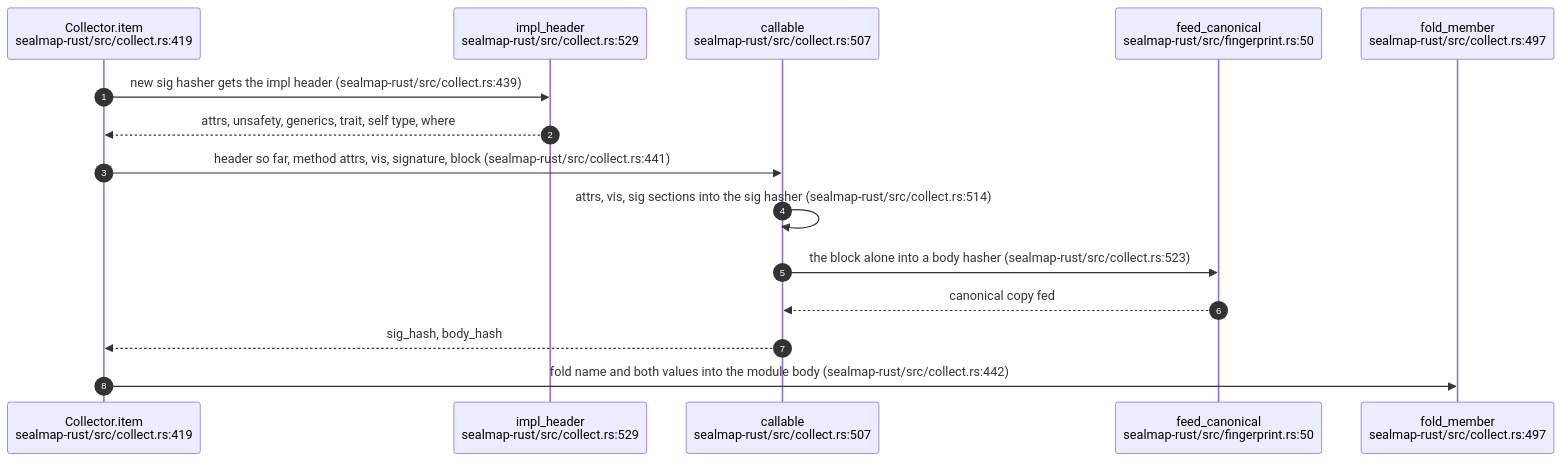
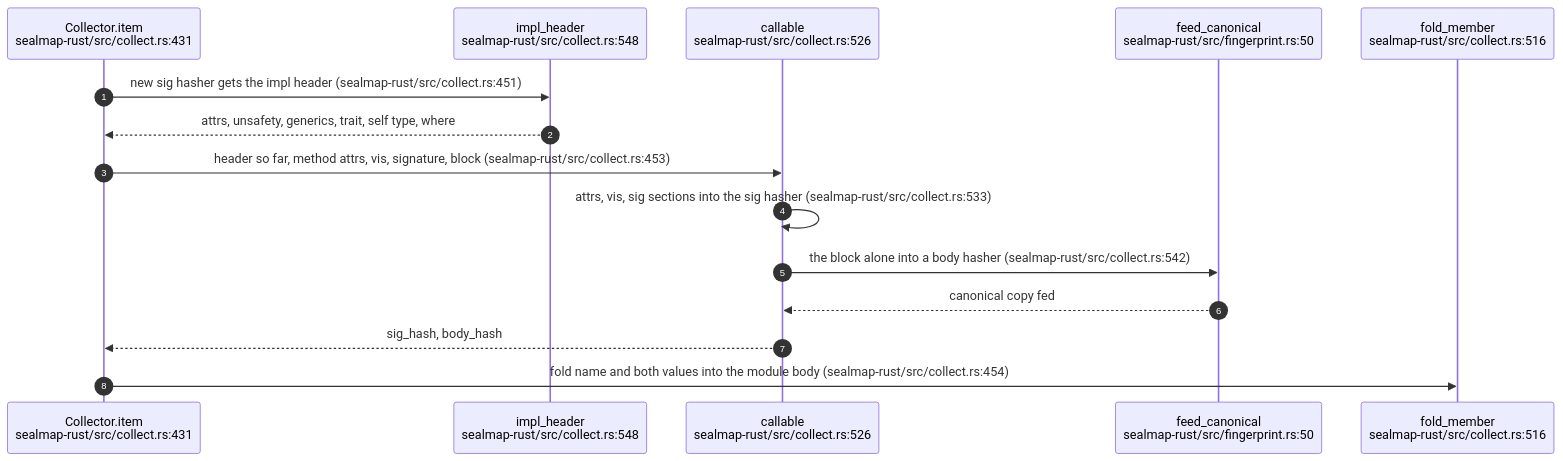
Before and after one commit to DreamLab-AI/codemaid: the second of 6 diagrams in docs/diagrams/extract/06-signature-and-body-fingerprints.md, drawn with Mermaid. The commit also changed other lines of this file and 8 other files, not shown here.

First line of the commit message:
docs(diagrams): restamp the extract topics to fec7aff; record the generics fix

````diff
--- a/docs/diagrams/extract/06-signature-and-body-fingerprints.md
+++ b/docs/diagrams/extract/06-signature-and-body-fingerprints.md
@@ -97,17 +97,17 @@
 ```mermaid
 sequenceDiagram
     autonumber
-    participant IT as Collector.item<br/>sealmap-rust/src/collect.rs:419
-    participant IH as impl_header<br/>sealmap-rust/src/collect.rs:529
-    participant CA as callable<br/>sealmap-rust/src/collect.rs:507
+    participant IT as Collector.item<br/>sealmap-rust/src/collect.rs:431
+    participant IH as impl_header<br/>sealmap-rust/src/collect.rs:548
+    participant CA as callable<br/>sealmap-rust/src/collect.rs:526
     participant FD as feed_canonical<br/>sealmap-rust/src/fingerprint.rs:50
-    participant FM as fold_member<br/>sealmap-rust/src/collect.rs:497
-    IT->>IH: new sig hasher gets the impl header (sealmap-rust/src/collect.rs:439)
+    participant FM as fold_member<br/>sealmap-rust/src/collect.rs:516
+    IT->>IH: new sig hasher gets the impl header (sealmap-rust/src/collect.rs:451)
     IH-->>IT: attrs, unsafety, generics, trait, self type, where
-    IT->>CA: header so far, method attrs, vis, signature, block (sealmap-rust/src/collect.rs:441)
-    CA->>CA: attrs, vis, sig sections into the sig hasher (sealmap-rust/src/collect.rs:514)
-    CA->>FD: the block alone into a body hasher (sealmap-rust/src/collect.rs:523)
+    IT->>CA: header so far, method attrs, vis, signature, block (sealmap-rust/src/collect.rs:453)
+    CA->>CA: attrs, vis, sig sections into the sig hasher (sealmap-rust/src/collect.rs:533)
+    CA->>FD: the block alone into a body hasher (sealmap-rust/src/collect.rs:542)
     FD-->>CA: canonical copy fed
     CA-->>IT: sig_hash, body_hash
-    IT->>FM: fold name and both values into the module body (sealmap-rust/src/collect.rs:442)
+    IT->>FM: fold name and both values into the module body (sealmap-rust/src/collect.rs:454)
 ```
````
